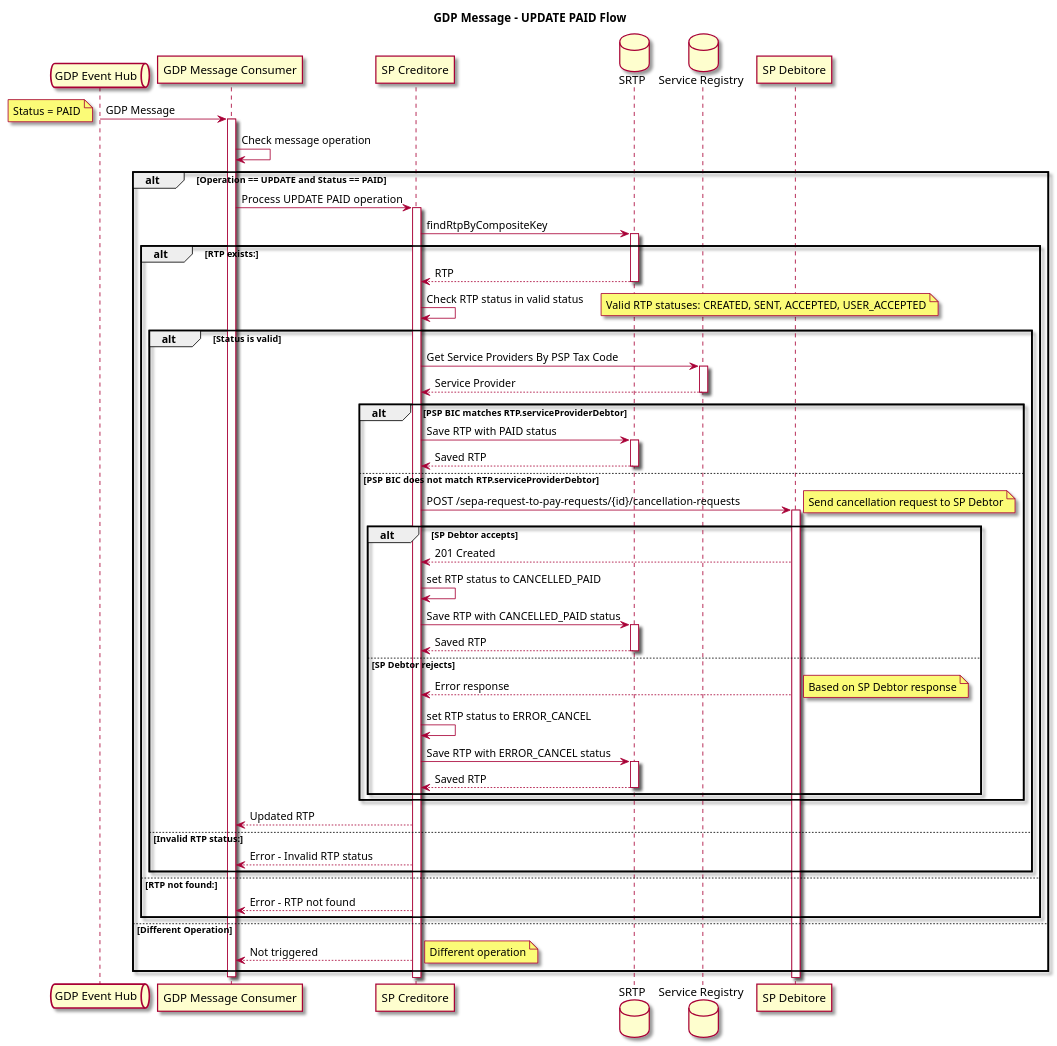
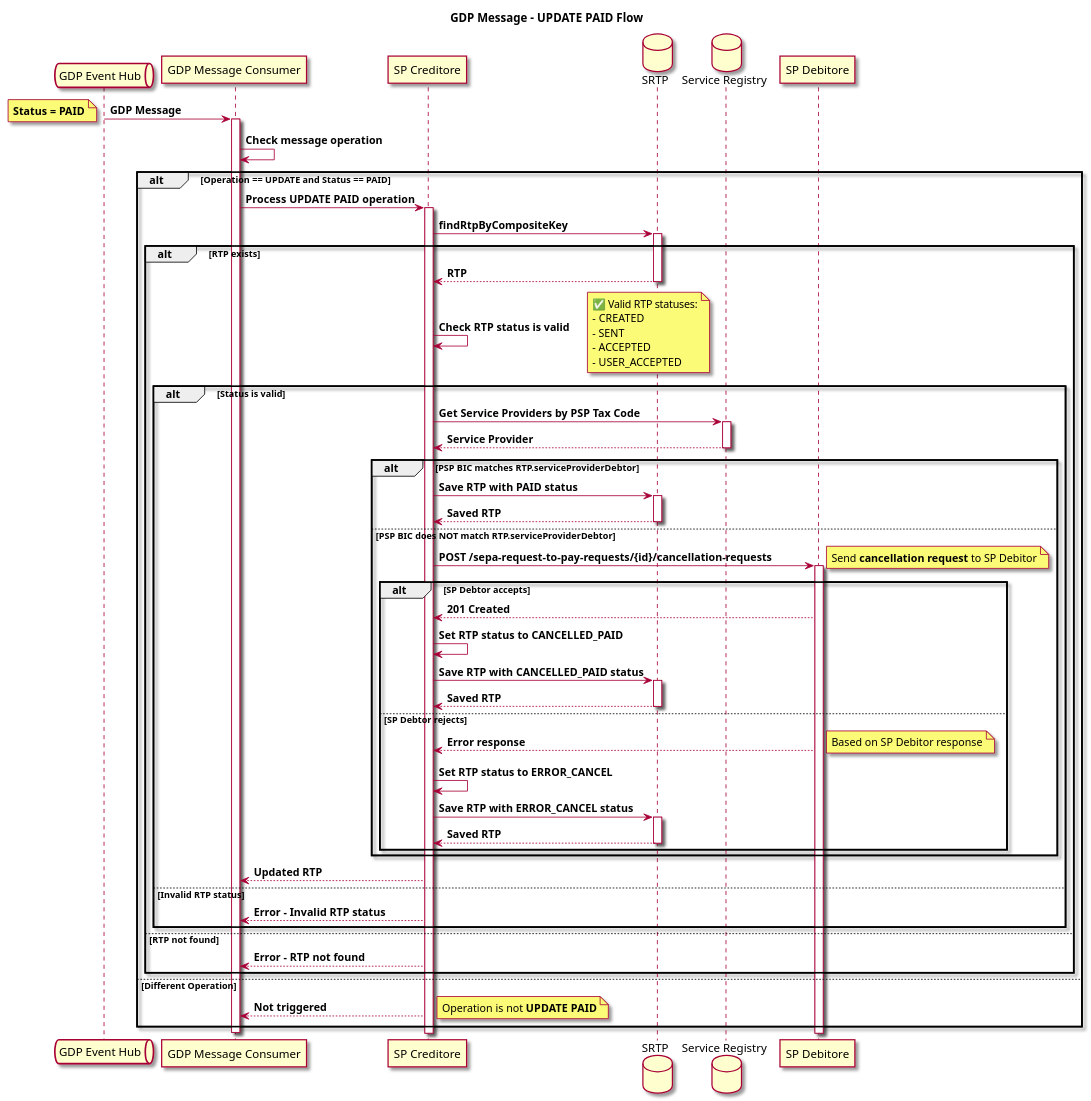
Before and after one commit to pagopa/rtp-docs: the diagram in diagrams/update-paid-queue-schema.puml, drawn with PlantUML.

Commit message:
refactor: [SRTP-684] polish UPDATE PAID sequence diagram

```diff
--- a/diagrams/update-paid-queue-schema.puml
+++ b/diagrams/update-paid-queue-schema.puml
@@ -1,86 +1,93 @@
 @startuml
 skin rose
-title GDP Message - UPDATE PAID Flow
+title GDP Message - **UPDATE PAID** Flow
 
 queue "GDP Event Hub" as Queue
 participant "GDP Message Consumer" as Consumer
 participant "SP Creditore" as SPC
 database "SRTP" as SRTP
 database "Service Registry" as Registry
 participant "SP Debitore" as SPD
 
-Queue -> Consumer: GDP Message
-note left: Status = PAID
+Queue -> Consumer: **GDP Message**
+note left: **Status = PAID**
 
 activate Consumer
-Consumer -> Consumer: Check message operation
-alt Operation == UPDATE and Status == PAID
-  Consumer -> SPC: Process UPDATE PAID operation
+Consumer -> Consumer: **Check message operation**
+alt **Operation == UPDATE** and **Status == PAID**
+  Consumer -> SPC: **Process UPDATE PAID operation**
   activate SPC
 
-  SPC -> SRTP: findRtpByCompositeKey
+  SPC -> SRTP: **findRtpByCompositeKey**
   activate SRTP
 
-  alt RTP exists:
-    SRTP --> SPC: RTP
+  alt **RTP exists**
+    SRTP --> SPC: **RTP**
     deactivate SRTP
 
-    SPC -> SPC: Check RTP status in valid status
-    note right: Valid RTP statuses: CREATED, SENT, ACCEPTED, USER_ACCEPTED
-    alt Status is valid
-      SPC -> Registry: Get Service Providers By PSP Tax Code
+    SPC -> SPC: **Check RTP status is valid**
+    note right
+      ✅ Valid RTP statuses:
+      - CREATED
+      - SENT
+      - ACCEPTED
+      - USER_ACCEPTED
+    end note
+
+    alt **Status is valid**
+      SPC -> Registry: **Get Service Providers by PSP Tax Code**
       activate Registry
-      Registry --> SPC: Service Provider
+      Registry --> SPC: **Service Provider**
       deactivate Registry
 
-      alt PSP BIC matches RTP.serviceProviderDebtor
-        SPC -> SRTP: Save RTP with PAID status
+      alt **PSP BIC matches** RTP.serviceProviderDebtor
+        SPC -> SRTP: **Save RTP with PAID status**
         activate SRTP
-        SRTP --> SPC: Saved RTP
+        SRTP --> SPC: **Saved RTP**
         deactivate SRTP
 
-      else PSP BIC does not match RTP.serviceProviderDebtor
-        SPC -> SPD: POST /sepa-request-to-pay-requests/{id}/cancellation-requests
-        note right: Send cancellation request to SP Debtor
+      else **PSP BIC does NOT match** RTP.serviceProviderDebtor
+        SPC -> SPD: **POST /sepa-request-to-pay-requests/{id}/cancellation-requests**
+        note right: Send **cancellation request** to SP Debitor
         activate SPD
 
-        alt SP Debtor accepts
-            SPD --> SPC: 201 Created
+        alt **SP Debtor accepts**
+          SPD --> SPC: **201 Created**
 
-            SPC -> SPC: set RTP status to CANCELLED_PAID
+          SPC -> SPC: **Set RTP status to CANCELLED_PAID**
 
-            SPC -> SRTP: Save RTP with CANCELLED_PAID status
-            activate SRTP
+          SPC -> SRTP: **Save RTP with CANCELLED_PAID status**
+          activate SRTP
+          SRTP --> SPC: **Saved RTP**
+          deactivate SRTP
 
-            SRTP --> SPC: Saved RTP
-            deactivate SRTP
-          else SP Debtor rejects
-            SPD --> SPC: Error response
-            note right: Based on SP Debtor response
+        else **SP Debtor rejects**
+          SPD --> SPC: **Error response**
+          note right: Based on SP Debitor response
 
-            SPC -> SPC: set RTP status to ERROR_CANCEL
+          SPC -> SPC: **Set RTP status to ERROR_CANCEL**
 
-            SPC -> SRTP: Save RTP with ERROR_CANCEL status
-            activate SRTP
-
-            SRTP --> SPC: Saved RTP
-            deactivate SRTP
-          end
+          SPC -> SRTP: **Save RTP with ERROR_CANCEL status**
+          activate SRTP
+          SRTP --> SPC: **Saved RTP**
+          deactivate SRTP
+        end
       end
 
-      SPC --> Consumer: Updated RTP
-    else Invalid RTP status:
-    SPC --> Consumer: Error - Invalid RTP status
+      SPC --> Consumer: **Updated RTP**
+
+    else **Invalid RTP status**
+      SPC --> Consumer: **Error – Invalid RTP status**
     end
 
-  else RTP not found:
-    SPC --> Consumer: Error - RTP not found
+  else **RTP not found**
+    SPC --> Consumer: **Error – RTP not found**
   end
 
-else Different Operation
-  SPC --> Consumer: Not triggered
-  note right: Different operation
+else **Different Operation**
+  SPC --> Consumer: **Not triggered**
+  note right: Operation is not **UPDATE PAID**
 end
 
 deactivate Consumer
 @enduml
```
